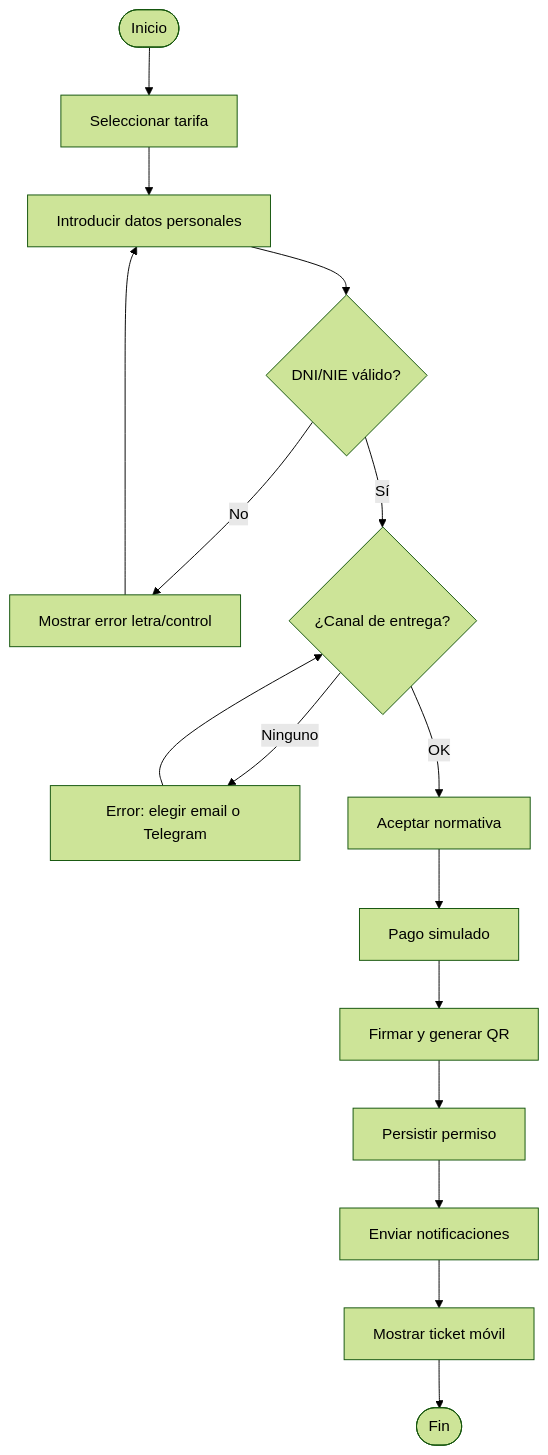
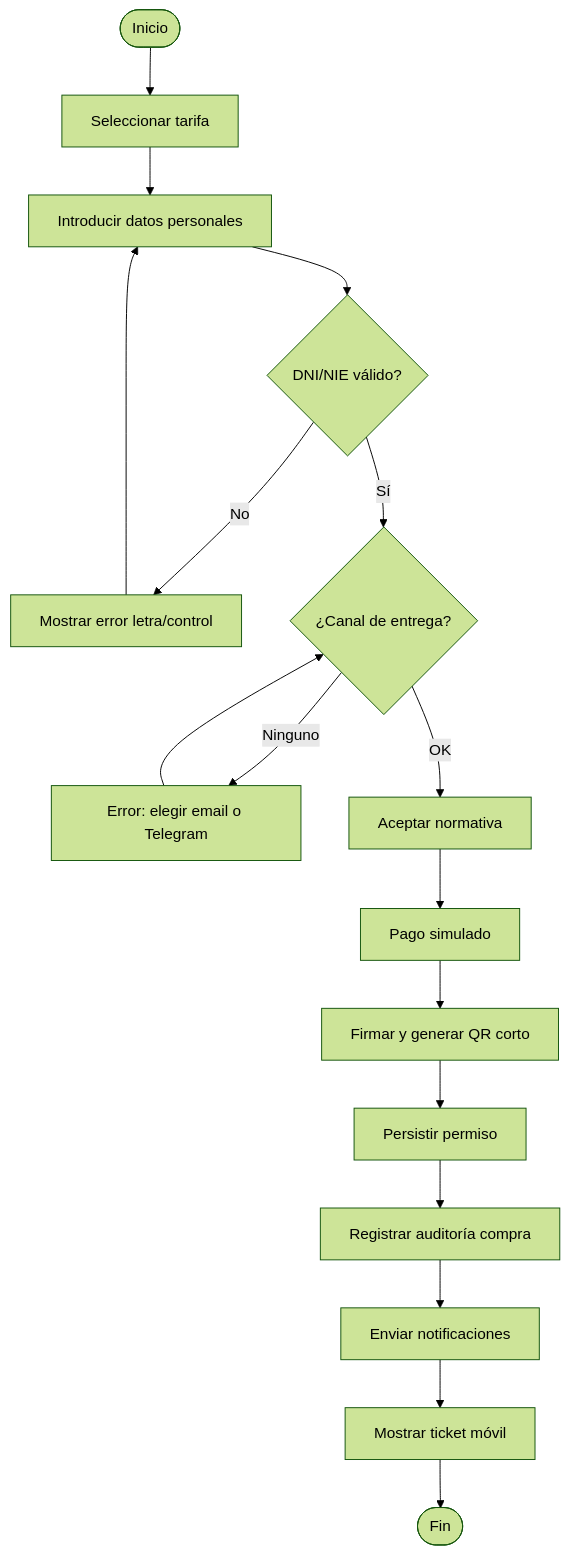
One commit to gracobjo/cotoSetas changed the sixth of 8 diagrams in docs/uml.md. Above: the diagram before and after it, drawn with Mermaid (forest theme). The commit also changed other lines of this file and 18 other files, not shown here.

````diff
--- a/docs/uml.md
+++ b/docs/uml.md
@@ -230,18 +296,19 @@
 ```mermaid
 flowchart TD
   A([Inicio]) --> B[Seleccionar tarifa]
   B --> C[Introducir datos personales]
   C --> D{DNI/NIE válido?}
   D -->|No| E[Mostrar error letra/control]
   E --> C
   D -->|Sí| F{¿Canal de entrega?}
   F -->|Ninguno| G[Error: elegir email o Telegram]
   G --> F
   F -->|OK| H[Aceptar normativa]
   H --> I[Pago simulado]
-  I --> J[Firmar y generar QR]
+  I --> J[Firmar y generar QR corto]
   J --> K[Persistir permiso]
-  K --> L[Enviar notificaciones]
-  L --> M[Mostrar ticket móvil]
-  M --> N([Fin])
+  K --> L[Registrar auditoría compra]
+  L --> M[Enviar notificaciones]
+  M --> N[Mostrar ticket móvil]
+  N --> O([Fin])
 ```
````
